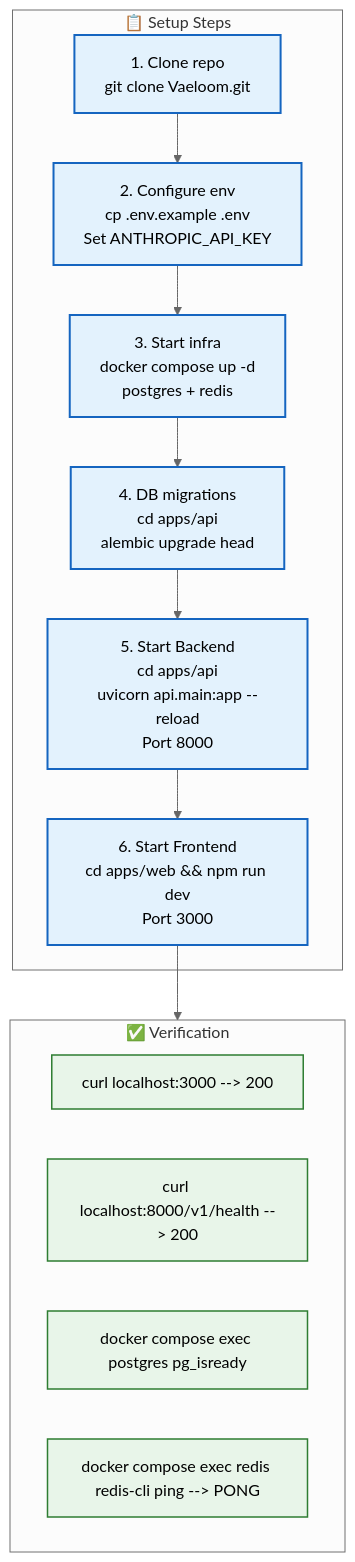
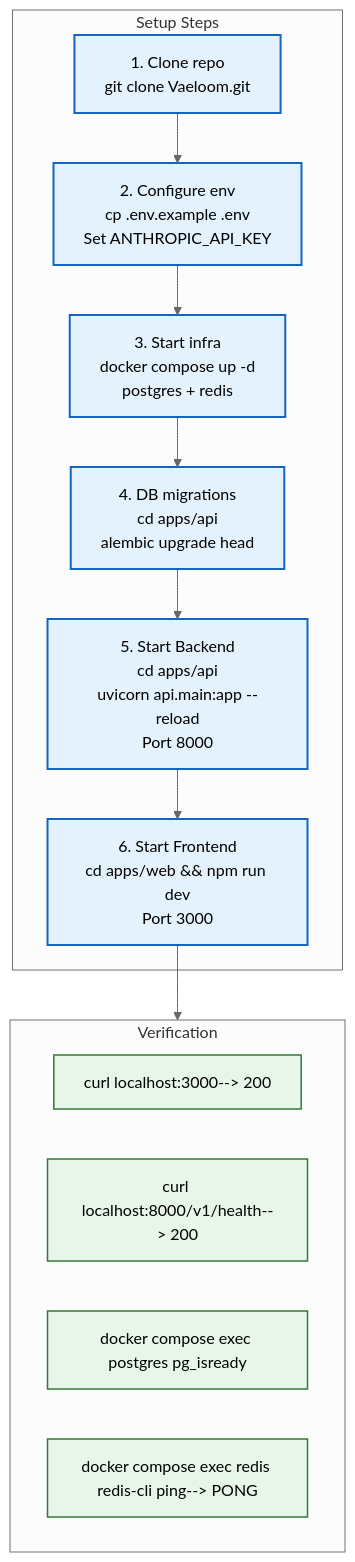
One commit to Driftloom/Vaeloom changed the diagram in docs/developer-experience/Setup.md. Above: the diagram before and after it, drawn with Mermaid (neutral theme). The commit also changed other lines of this file and 694 other files, not shown here.

First line of the commit message:
docs: mermaid standardization — encoding/mermaid/duplicate cleanup

````diff
--- a/docs/developer-experience/Setup.md
+++ b/docs/developer-experience/Setup.md
@@ -11,26 +11,26 @@
 ```mermaid
 graph TD
-    classDef step fill:#e3f2fd,stroke:#1565c0,color:#000,stroke-width:2px
-    classDef verify fill:#e8f5e9,stroke:#2e7d32,color:#000,stroke-width:1.5px
+ classDef step fill:#e3f2fd,stroke:#1565c0,color:#000,stroke-width:2px
+ classDef verify fill:#e8f5e9,stroke:#2e7d32,color:#000,stroke-width:1.5px
 
-    subgraph Steps["📋 Setup Steps"]
-        S1["1. Clone repo<br/>git clone Vaeloom.git"]
-        S2["2. Configure env<br/>cp .env.example .env<br/>Set ANTHROPIC_API_KEY"]
-        S3["3. Start infra<br/>docker compose up -d<br/>postgres + redis"]
-        S4["4. DB migrations<br/>cd apps/api<br/>alembic upgrade head"]
-        S5["5. Start Backend<br/>cd apps/api<br/>uvicorn api.main:app --reload<br/>Port 8000"]
-        S6["6. Start Frontend<br/>cd apps/web && npm run dev<br/>Port 3000"]
-    end
+ subgraph Steps["Setup Steps"]
+ S1["1. Clone repo<br/>git clone Vaeloom.git"]
+ S2["2. Configure env<br/>cp .env.example .env<br/>Set ANTHROPIC_API_KEY"]
+ S3["3. Start infra<br/>docker compose up -d<br/>postgres + redis"]
+ S4["4. DB migrations<br/>cd apps/api<br/>alembic upgrade head"]
+ S5["5. Start Backend<br/>cd apps/api<br/>uvicorn api.main:app --reload<br/>Port 8000"]
+ S6["6. Start Frontend<br/>cd apps/web && npm run dev<br/>Port 3000"]
+ end
 
-    subgraph Verify["✅ Verification"]
-        V1["curl localhost:3000 --> 200"]
-        V2["curl localhost:8000/v1/health --> 200"]
-        V3["docker compose exec postgres pg_isready"]
-        V4["docker compose exec redis redis-cli ping --> PONG"]
-    end
+ subgraph Verify["Verification"]
+ V1["curl localhost:3000--> 200"]
+ V2["curl localhost:8000/v1/health--> 200"]
+ V3["docker compose exec postgres pg_isready"]
+ V4["docker compose exec redis redis-cli ping--> PONG"]
+ end
 
-    S1 --> S2 --> S3 --> S4 --> S5 --> S6 --> Verify
+ S1--> S2--> S3--> S4--> S5--> S6--> Verify
 
-    class S1,S2,S3,S4,S5,S6 step
-    class V1,V2,V3,V4 verify
+ class S1,S2,S3,S4,S5,S6 step
+ class V1,V2,V3,V4 verify
 ```
````
